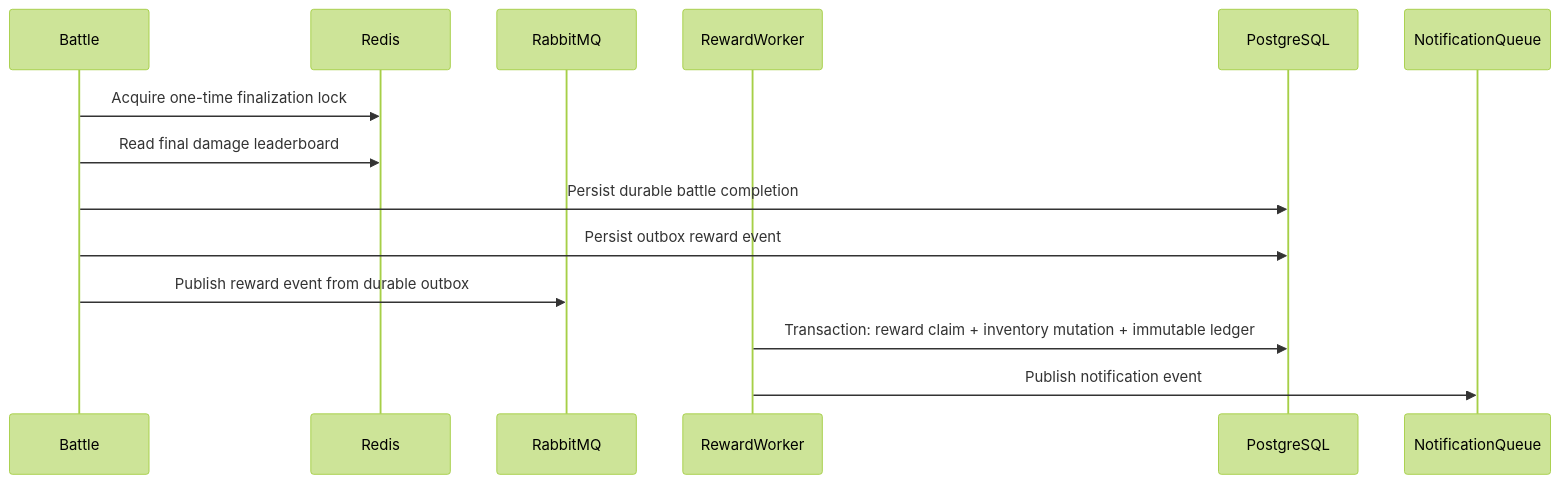
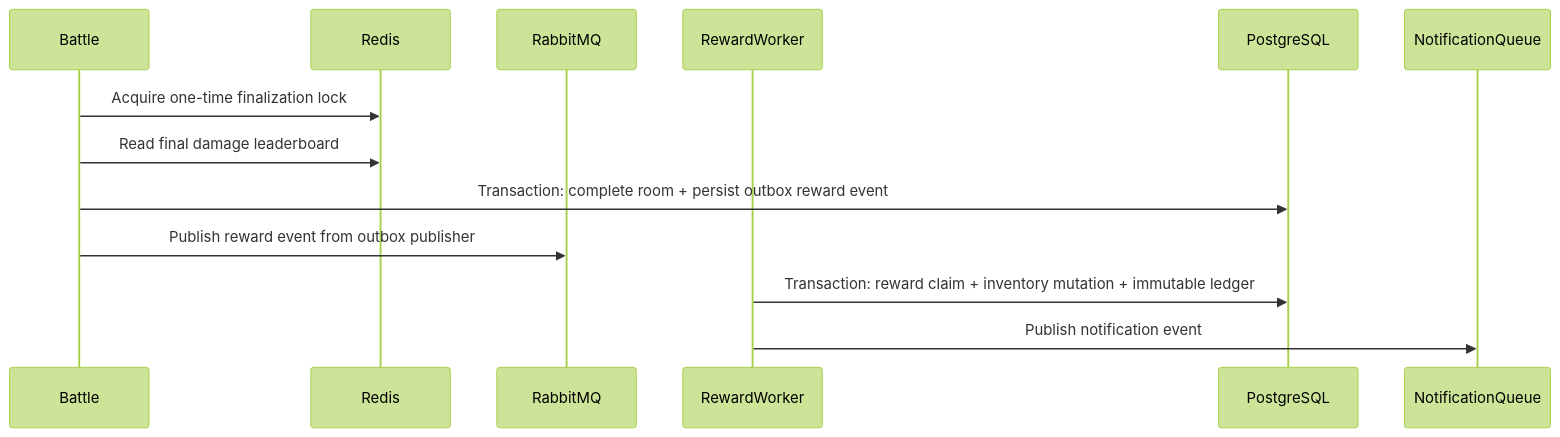
One commit to HuynhLoc2004/TitanCore changed the fourth of 6 diagrams in docs/DATA_FLOW.md. Above: the diagram before and after it, drawn with Mermaid (forest theme). The commit also changed other lines of this file and 5 other files, not shown here.

Commit message:
docs(database): address phase 2 architecture review

````diff
--- a/docs/DATA_FLOW.md
+++ b/docs/DATA_FLOW.md
@@ -70,17 +70,16 @@
 ```mermaid
 sequenceDiagram
     participant Battle
     participant Redis
     participant RabbitMQ
     participant RewardWorker
     participant PostgreSQL
     participant NotificationQueue
 
     Battle->>Redis: Acquire one-time finalization lock
     Battle->>Redis: Read final damage leaderboard
-    Battle->>PostgreSQL: Persist durable battle completion
-    Battle->>PostgreSQL: Persist outbox reward event
-    Battle->>RabbitMQ: Publish reward event from durable outbox
+    Battle->>PostgreSQL: Transaction: complete room + persist outbox reward event
+    Battle->>RabbitMQ: Publish reward event from outbox publisher
     RewardWorker->>PostgreSQL: Transaction: reward claim + inventory mutation + immutable ledger
     RewardWorker->>NotificationQueue: Publish notification event
 ```
````
